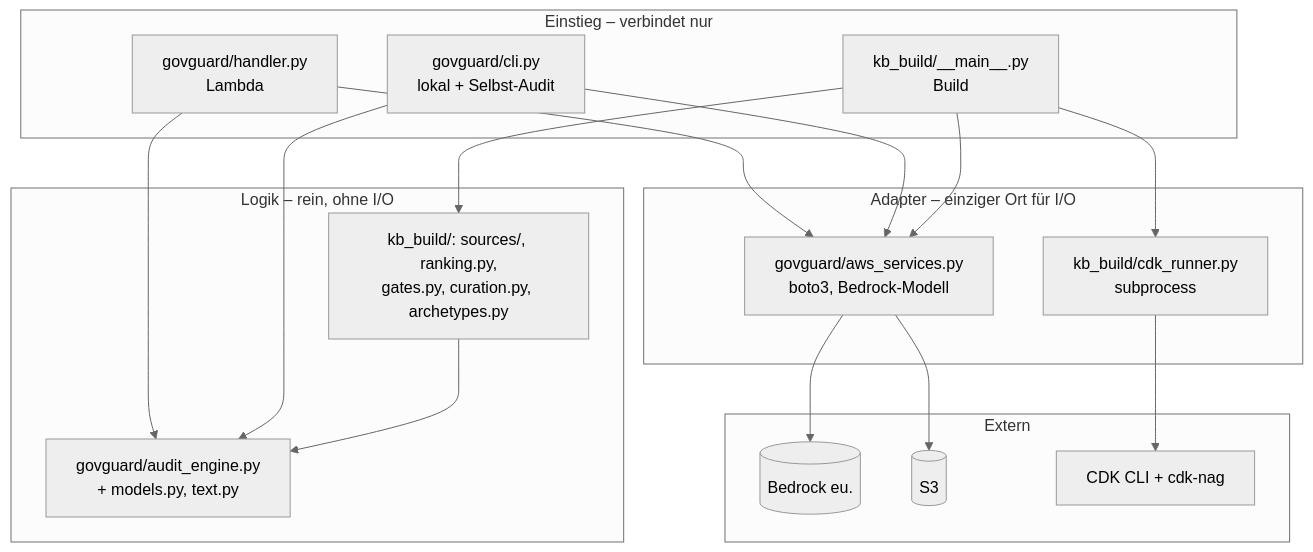
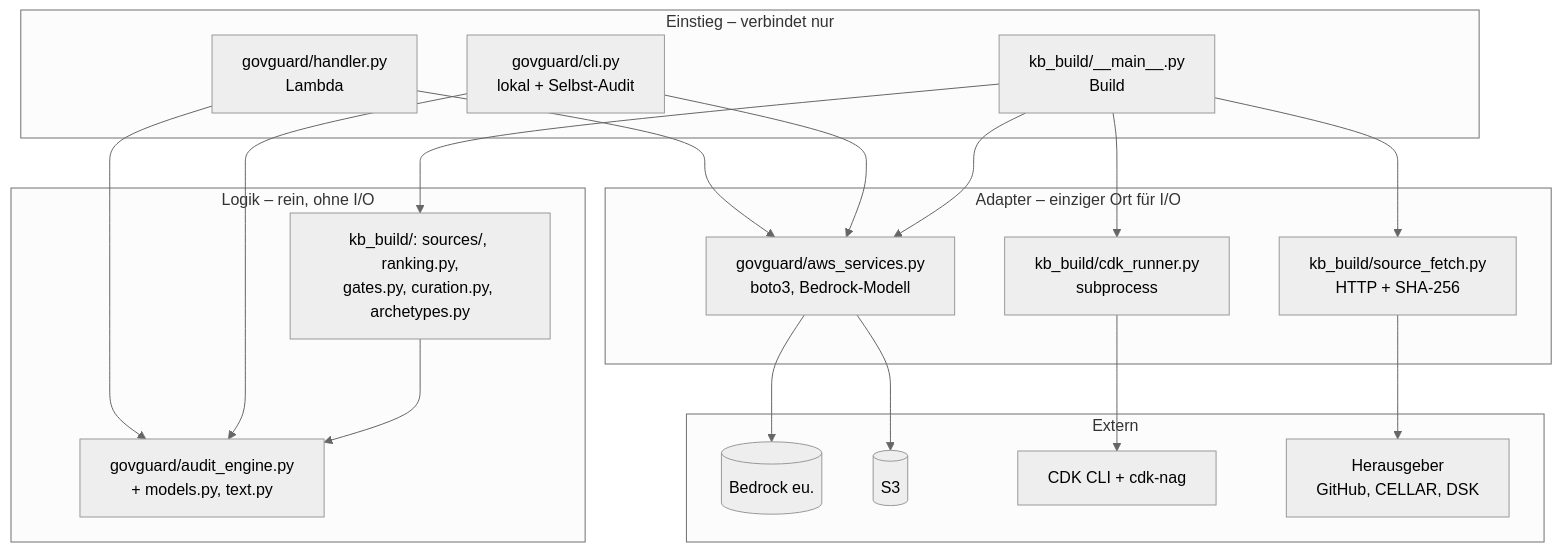
One commit to Daniel74/GovGuard changed the fourth of 4 diagrams in docs/ARCHITECTURE.md. Above: the diagram before and after it, drawn with Mermaid (neutral theme). The commit also changed other lines of this file and 2 other files, not shown here.

Commit message:
Align architecture, roadmap and guardrails with ADR 0008

````diff
--- a/docs/ARCHITECTURE.md
+++ b/docs/ARCHITECTURE.md
@@ -251,28 +251,31 @@
 ```mermaid
 flowchart TB
   subgraph E["Einstieg – verbindet nur"]
     H["govguard/handler.py<br/>Lambda"]
     C["govguard/cli.py<br/>lokal + Selbst-Audit"]
     M["kb_build/__main__.py<br/>Build"]
   end
   subgraph L["Logik – rein, ohne I/O"]
     AE["govguard/audit_engine.py<br/>+ models.py, text.py"]
     KB["kb_build/: sources/, ranking.py,<br/>gates.py, curation.py, archetypes.py"]
   end
   subgraph A["Adapter – einziger Ort für I/O"]
     AWS["govguard/aws_services.py<br/>boto3, Bedrock-Modell"]
     CDK["kb_build/cdk_runner.py<br/>subprocess"]
+    FE["kb_build/source_fetch.py<br/>HTTP + SHA-256"]
   end
   subgraph X["Extern"]
     B[("Bedrock eu.")]
     S3[("S3")]
     CL["CDK CLI + cdk-nag"]
+    HG["Herausgeber<br/>GitHub, CELLAR, DSK"]
   end
   H & C --> AE
   H & C --> AWS
   M --> KB
-  M --> AWS & CDK
+  M --> AWS & CDK & FE
   KB --> AE
   AWS --> B & S3
   CDK --> CL
+  FE --> HG
 ```
````
